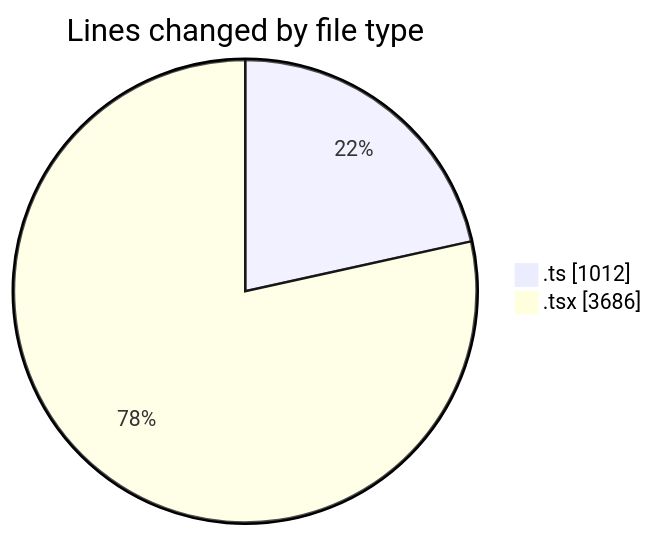
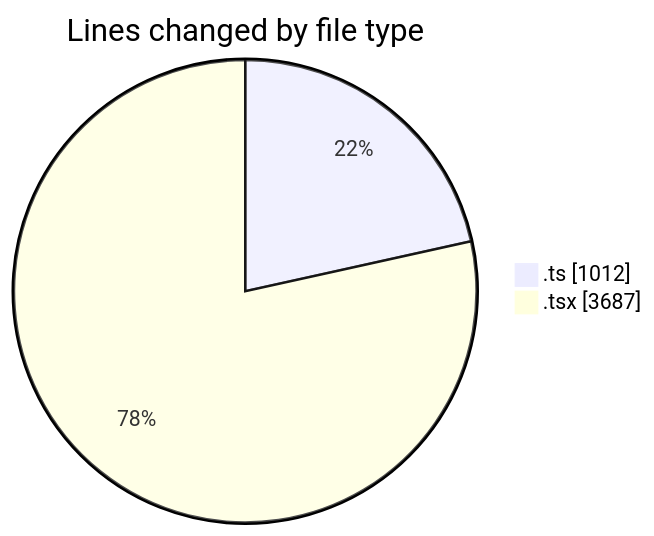
The first of 2 diagrams in 2026-05-04/nxtqube_webapp/README.md (nxtqubesakshisongat/code-tracking), drawn with Mermaid before and after one commit. The commit also changed other lines of this file and 1 other file, not shown here.

````diff
--- a/2026-05-04/nxtqube_webapp/README.md
+++ b/2026-05-04/nxtqube_webapp/README.md
@@ -26,6 +26,6 @@
 ```mermaid
 pie showData
 title Lines changed by file type
 ".ts" : 1012
-".tsx" : 3686
+".tsx" : 3687
 ```
````
